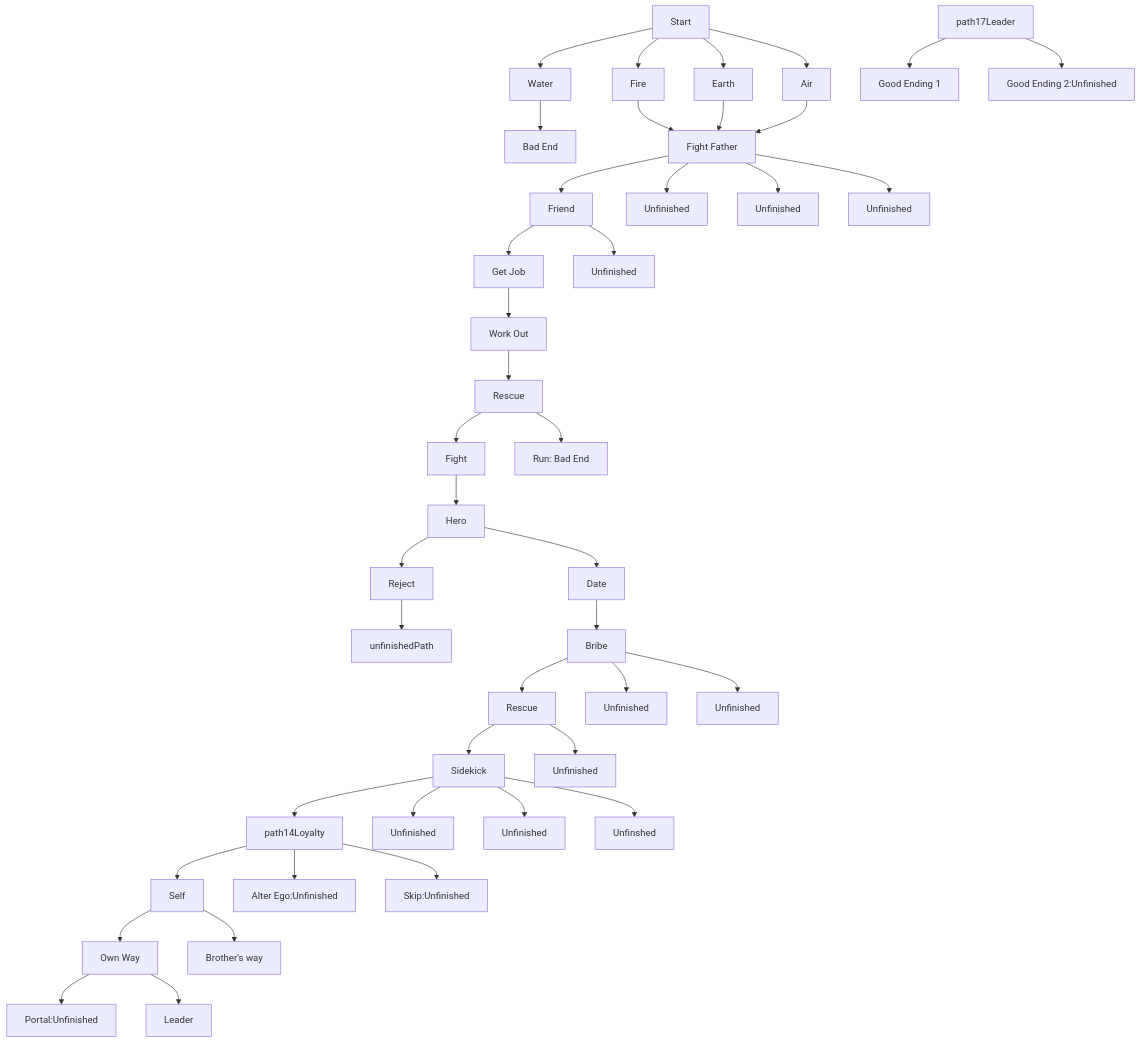
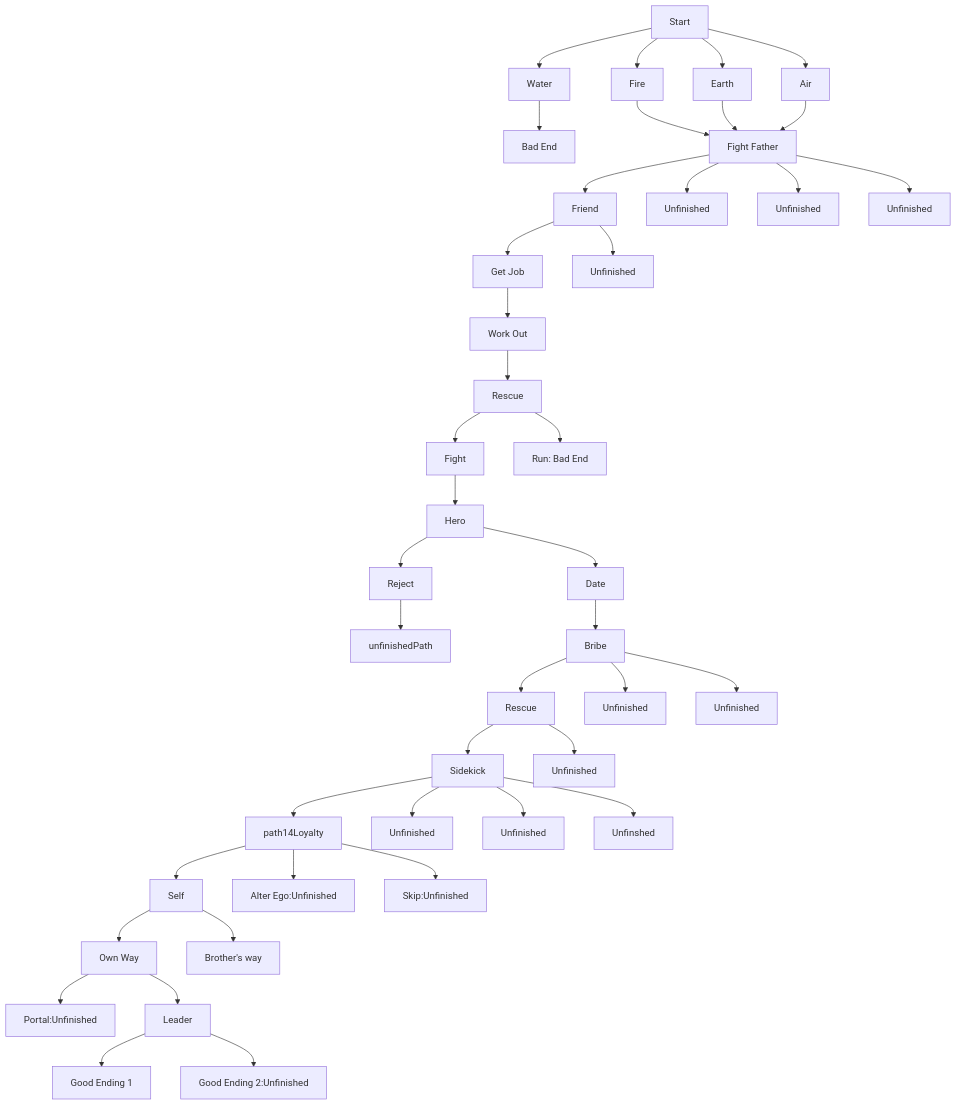
The diagram in FLOWCHART.md (Tsuru4/TypeScriptAdventure), drawn with Mermaid before and after one commit.

Commit message:
Fixed Flowchart

````diff
--- a/FLOWCHART.md
+++ b/FLOWCHART.md
@@ -1,59 +1,59 @@
 ```mermaid
 flowchart
     path1[Start]
     
     path1 --> path2Water[Water] --> badpath[Bad End]
     path1 --> path2Fire[Fire] --> path3Fight
     path1 --> path2Earth[Earth] --> path3Fight
     path1 --> path2Air[Air] --> path3Fight
     
     path3Fight[Fight Father]
 
     path3Fight --> path4Friend[Friend]
     path3Fight --> path4Brother[Unfinished]
     path3Fight --> path4Solo[Unfinished]
     path3Fight --> path4Home[Unfinished]
 
     path4Friend --> path5Job[Get Job]
     path4Friend --> path5Steal[Unfinished]
 
     path5Job --> path6Train[Work Out]
 
     path6Train --> path7Rescue[Rescue]
 
     path7Rescue --> path8Fight[Fight]
     path7Rescue --> path8Run[Run: Bad End]
 
     path8Fight --> path9Hero[Hero]
 
     path9Hero --> path10Date[Date]
     path9Hero --> path10Reject[Reject]
 
     path10Reject --> unfinishedPath
     path10Date --> path11Bribe[Bribe]
 
     path11Bribe --> path12Rescue[Rescue]
     path11Bribe --> path12Arrest[Unfinished]
     path11Bribe --> path12Silence[Unfinished]
 
     path12Rescue[Rescue] --> path13Sidekick[Sidekick]
     path12Rescue --> path13Reject[Unfinished]
 
     path13Sidekick --> path14Loyalty
     path13Sidekick --> path14Girl3[Unfinished]
     path13Sidekick --> path14Girl4[Unfinished]
     path13Sidekick --> path14All[Unfinshed]
 
     path14Loyalty --> path15Self[Self]
     path14Loyalty --> path15Hero[Alter Ego:Unfinished]
     path14Loyalty --> path15Skip[Skip:Unfinished]
 
     path15Self --> path16Hero[Own Way]
     path15Self --> path16Cooperate[Brother's way]
 
     path16Hero --> path17Portal[Portal:Unfinished]
-    path16Hero --> path18Leader[Leader]
+    path16Hero --> path17Leader[Leader]
 
     path17Leader --> path18Victory[Good Ending 1]
     path17Leader --> path18Mercy[Good Ending 2:Unfinished]
 ```
````
